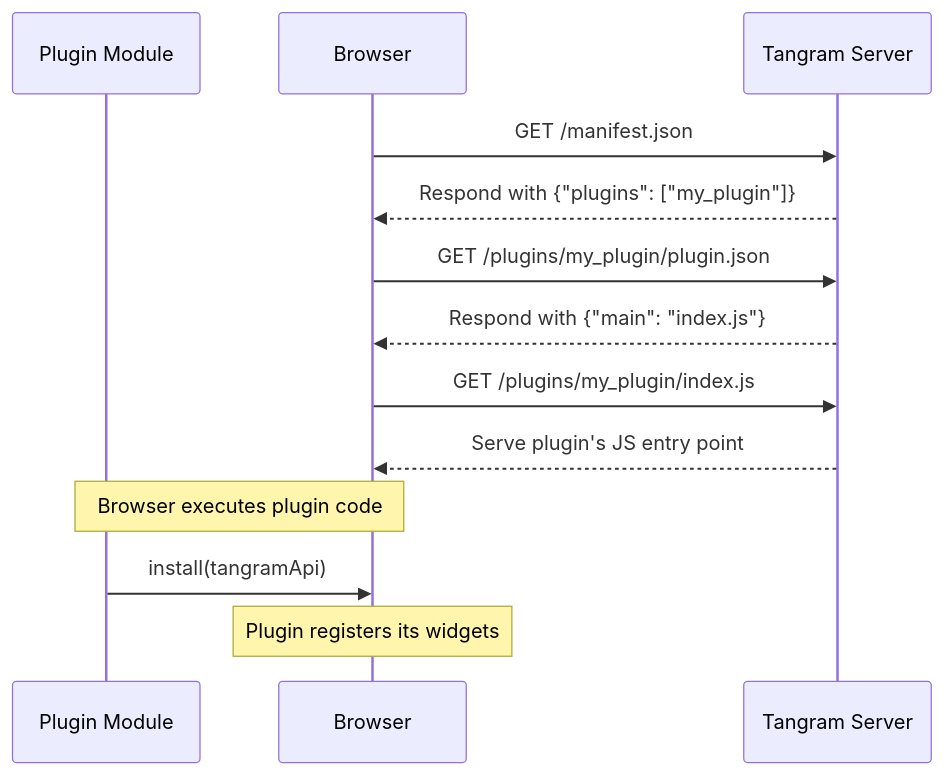
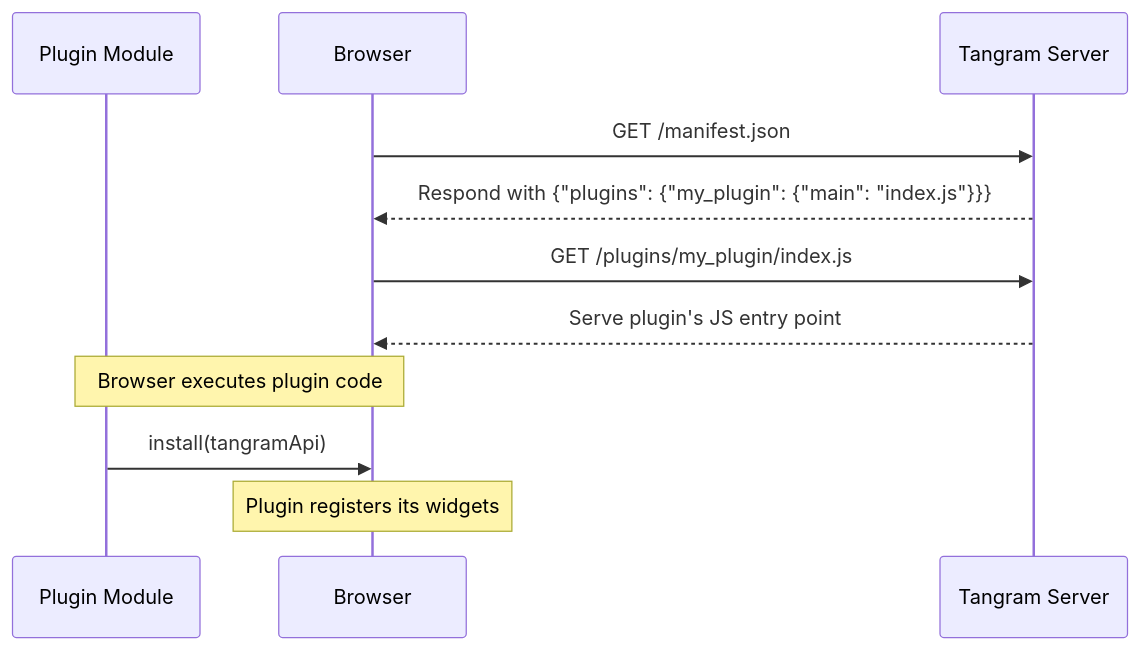
The diagram in docs/plugins/frontend.md (open-aviation/tangram), drawn with Mermaid before and after one commit. The commit also changed other lines of this file and 2 other files, not shown here.

First line of the commit message:
perf: amalgamate frontend plugin manifests ahead-of-time (#44)

````diff
--- a/docs/plugins/frontend.md
+++ b/docs/plugins/frontend.md
@@ -91,16 +91,14 @@
 ```mermaid
 sequenceDiagram
     participant P as Plugin Module
     participant B as Browser
     participant S as Tangram Server
 
     B->>S: GET /manifest.json
-    S-->>B: Respond with {"plugins": ["my_plugin"]}
-    B->>S: GET /plugins/my_plugin/plugin.json
-    S-->>B: Respond with {"main": "index.js"}
+    S-->>B: Respond with {"plugins": {"my_plugin": {"main": "index.js"}}}
     B->>S: GET /plugins/my_plugin/index.js
     S-->>B: Serve plugin's JS entry point
     Note over B, P: Browser executes plugin code
     P->>B: install(tangramApi)
     Note over B: Plugin registers its widgets
 ```
````
